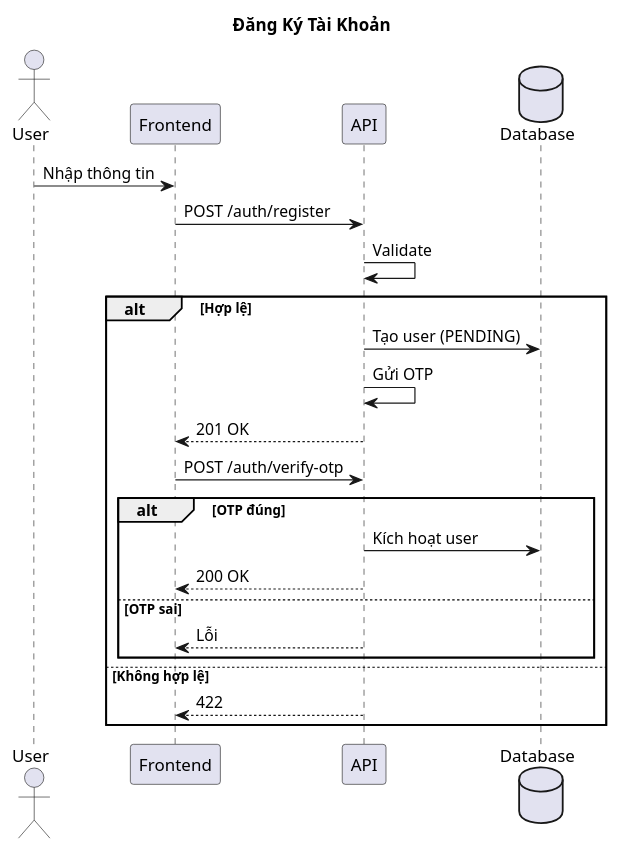
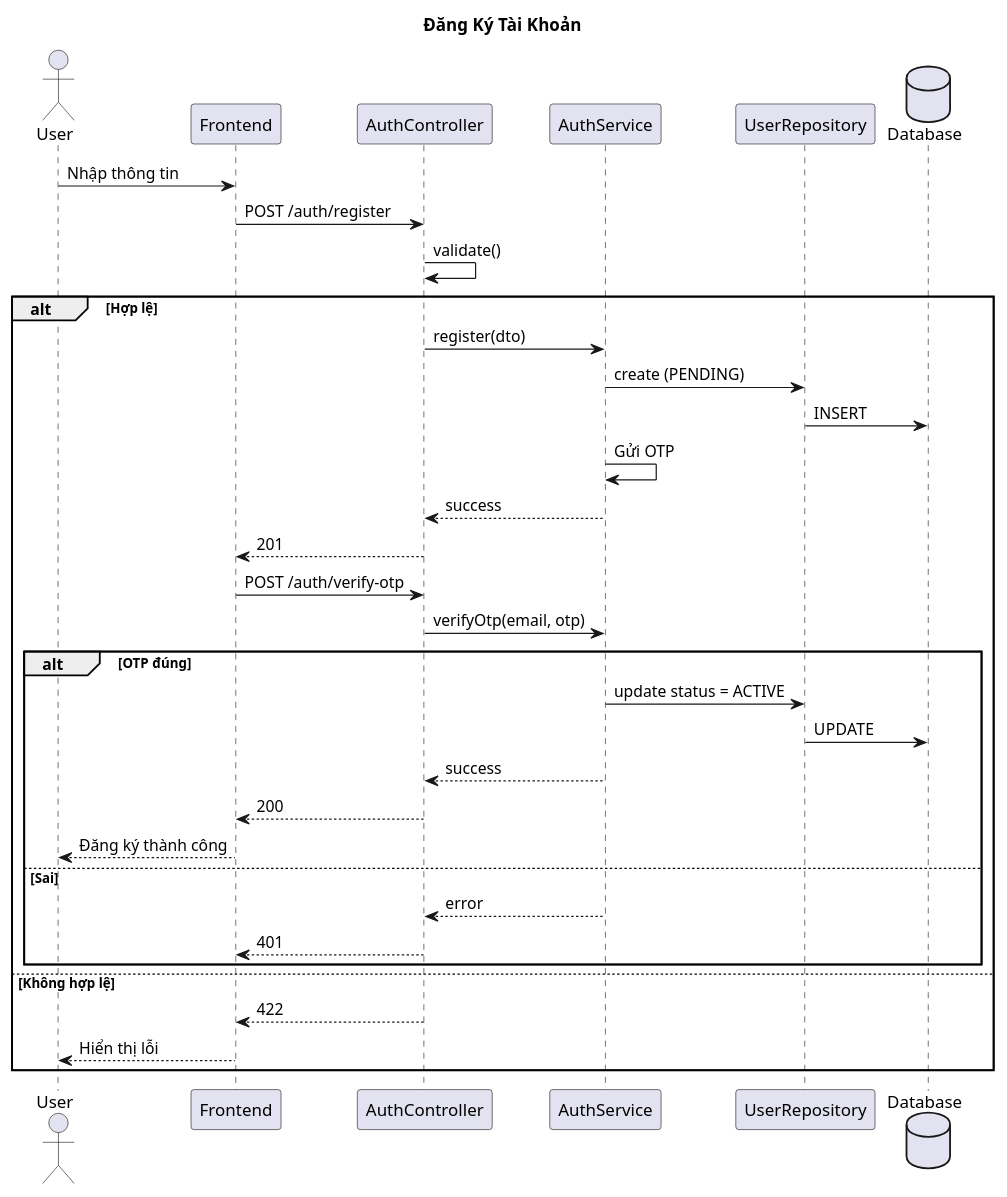
Before and after one commit to BuiThaiBao/Propify: the diagram in docs/sequence-diagram-dang-ky-tai-khoan.md, drawn with PlantUML. The commit also changed other lines of this file and 11 other files, not shown here.

Commit message:
feat: update sequence diagrams to reflect 3-layer architecture and detailed interactions

````diff
--- a/docs/sequence-diagram-dang-ky-tai-khoan.md
+++ b/docs/sequence-diagram-dang-ky-tai-khoan.md
@@ -3,28 +3,39 @@
 ```plantuml
 @startuml
 title Đăng Ký Tài Khoản
 
 actor "User" as User
 participant "Frontend" as FE
-participant "API" as API
+participant "AuthController" as Controller
+participant "AuthService" as Service
+participant "UserRepository" as Repo
 database "Database" as DB
 
 User -> FE: Nhập thông tin
-FE -> API: POST /auth/register
-API -> API: Validate
+FE -> Controller: POST /auth/register
+Controller -> Controller: validate()
 alt Hợp lệ
-  API -> DB: Tạo user (PENDING)
-  API -> API: Gửi OTP
-  API --> FE: 201 OK
-  FE -> API: POST /auth/verify-otp
+  Controller -> Service: register(dto)
+  Service -> Repo: create (PENDING)
+  Repo -> DB: INSERT
+  Service -> Service: Gửi OTP
+  Service --> Controller: success
+  Controller --> FE: 201
+  FE -> Controller: POST /auth/verify-otp
+  Controller -> Service: verifyOtp(email, otp)
   alt OTP đúng
-    API -> DB: Kích hoạt user
-    API --> FE: 200 OK
-  else OTP sai
-    API --> FE: Lỗi
+    Service -> Repo: update status = ACTIVE
+    Repo -> DB: UPDATE
+    Service --> Controller: success
+    Controller --> FE: 200
+    FE --> User: Đăng ký thành công
+  else Sai
+    Service --> Controller: error
+    Controller --> FE: 401
   end
 else Không hợp lệ
-  API --> FE: 422
+  Controller --> FE: 422
+  FE --> User: Hiển thị lỗi
 end
 @enduml
 ```
````
